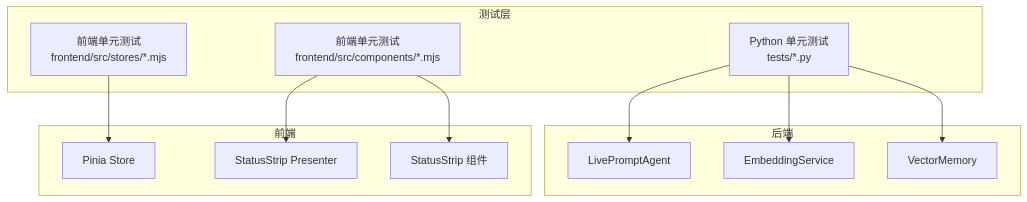
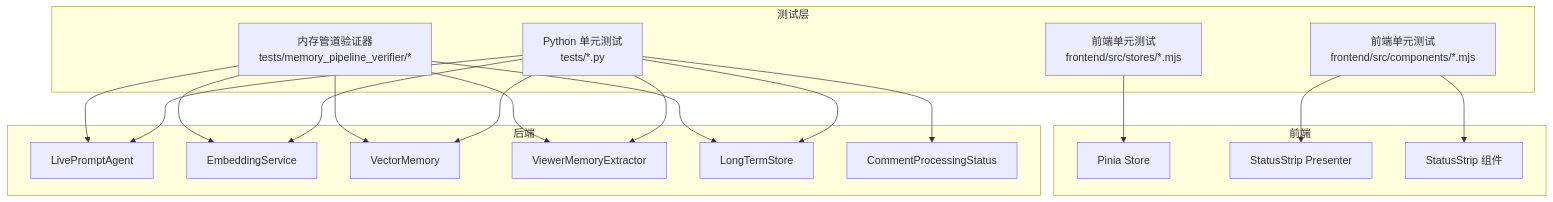
One commit to Moon-Force/DouYin_llm changed the second of 3 diagrams in .qoder/repowiki/zh/content/测试策略/测试策略.md. Above: the diagram before and after it, drawn with Mermaid. The commit also changed other lines of this file and 17 other files, not shown here.

````diff
--- a/.qoder/repowiki/zh/content/测试策略/测试策略.md
+++ b/.qoder/repowiki/zh/content/测试策略/测试策略.md
@@ -122,24 +174,36 @@
 ```mermaid
 graph TB
 subgraph "测试层"
 UT1["Python 单元测试<br/>tests/*.py"]
 FT1["前端单元测试<br/>frontend/src/stores/*.mjs"]
 FT2["前端单元测试<br/>frontend/src/components/*.mjs"]
+MV["内存管道验证器<br/>tests/memory_pipeline_verifier/*"]
 end
 subgraph "后端"
 Agent["LivePromptAgent"]
 EmbedSvc["EmbeddingService"]
 VecMem["VectorMemory"]
+MemExt["ViewerMemoryExtractor"]
+LongTerm["LongTermStore"]
+Status["CommentProcessingStatus"]
 end
 subgraph "前端"
 Store["Pinia Store"]
 Presenter["StatusStrip Presenter"]
 Comp["StatusStrip 组件"]
 end
 UT1 --> Agent
 UT1 --> EmbedSvc
 UT1 --> VecMem
+UT1 --> MemExt
+UT1 --> LongTerm
+UT1 --> Status
+MV --> Agent
+MV --> EmbedSvc
+MV --> VecMem
+MV --> MemExt
+MV --> LongTerm
 FT1 --> Store
 FT2 --> Presenter
 FT2 --> Comp
 ```
````
